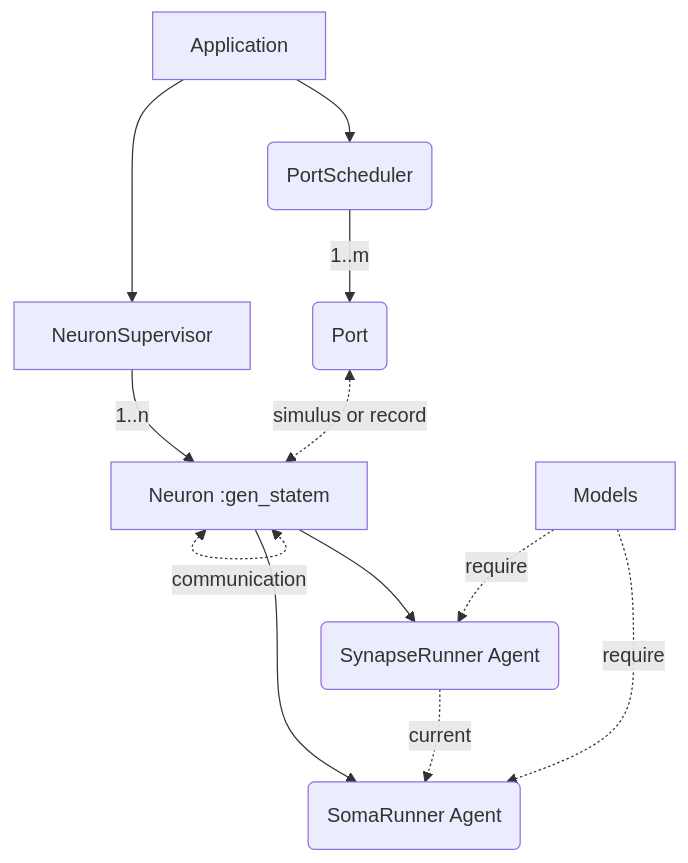
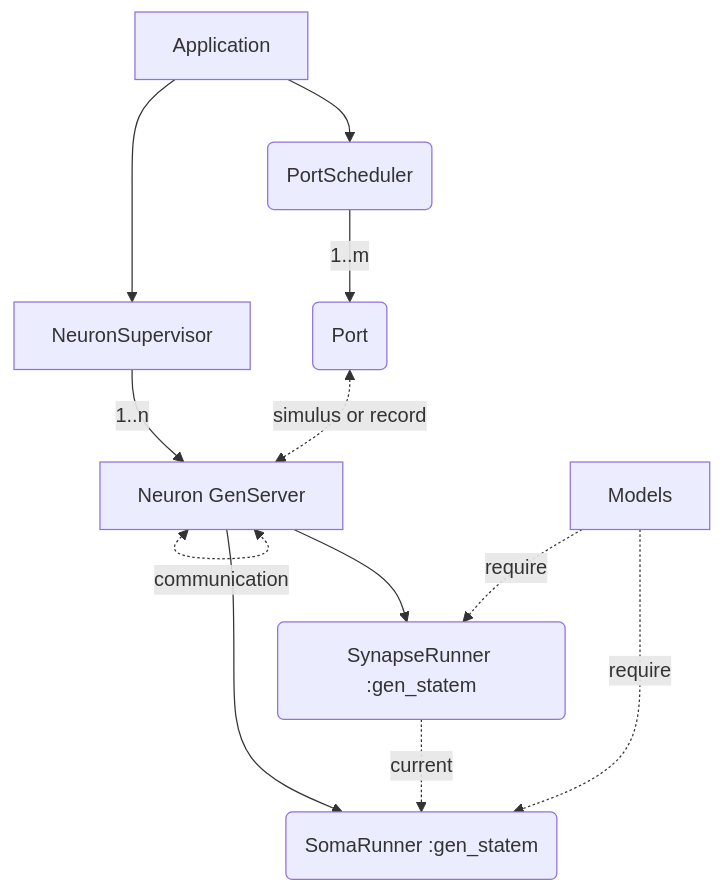
One commit to GES233/Glowworm changed the diagram in README.md. Above: the diagram before and after it, drawn with Mermaid. The commit also changed 7 other files, not shown here.

Commit message:
重构应用，`Runners` 基于 `:gen_statem` 而 `Neuron` 基于 `GenServer`

````diff
--- a/README.md
+++ b/README.md
@@ -19,14 +19,14 @@
 ```mermaid
 graph TD
   Application --> NeuronSupervisor
-  NeuronSupervisor --1..n--> Neuron["Neuron :gen_statem"]
+  NeuronSupervisor --1..n--> Neuron["Neuron GenServer"]
   Application --> PortScheduler("PortScheduler")
   PortScheduler --1..m--> Port("Port")
   Port <-.simulus or record.-> Neuron
   Neuron <-.communication.-> Neuron
-  Neuron --> SomaRunner("SomaRunner Agent")
-  Neuron --> SynapseRunner("SynapseRunner Agent")
+  Neuron --> SomaRunner("SomaRunner :gen_statem")
+  Neuron --> SynapseRunner("SynapseRunner :gen_statem")
   SynapseRunner -.current.-> SomaRunner
   Models -.require.-> SomaRunner
   Models -.require.-> SynapseRunner
 ```
````
